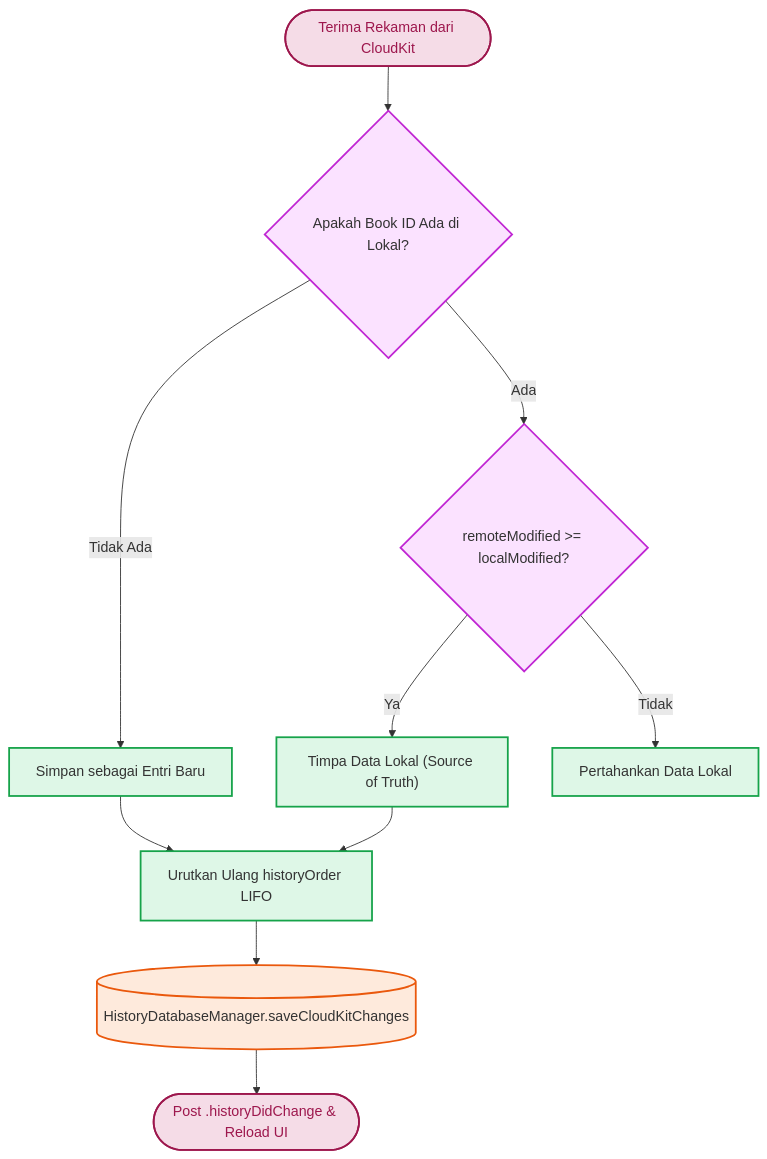
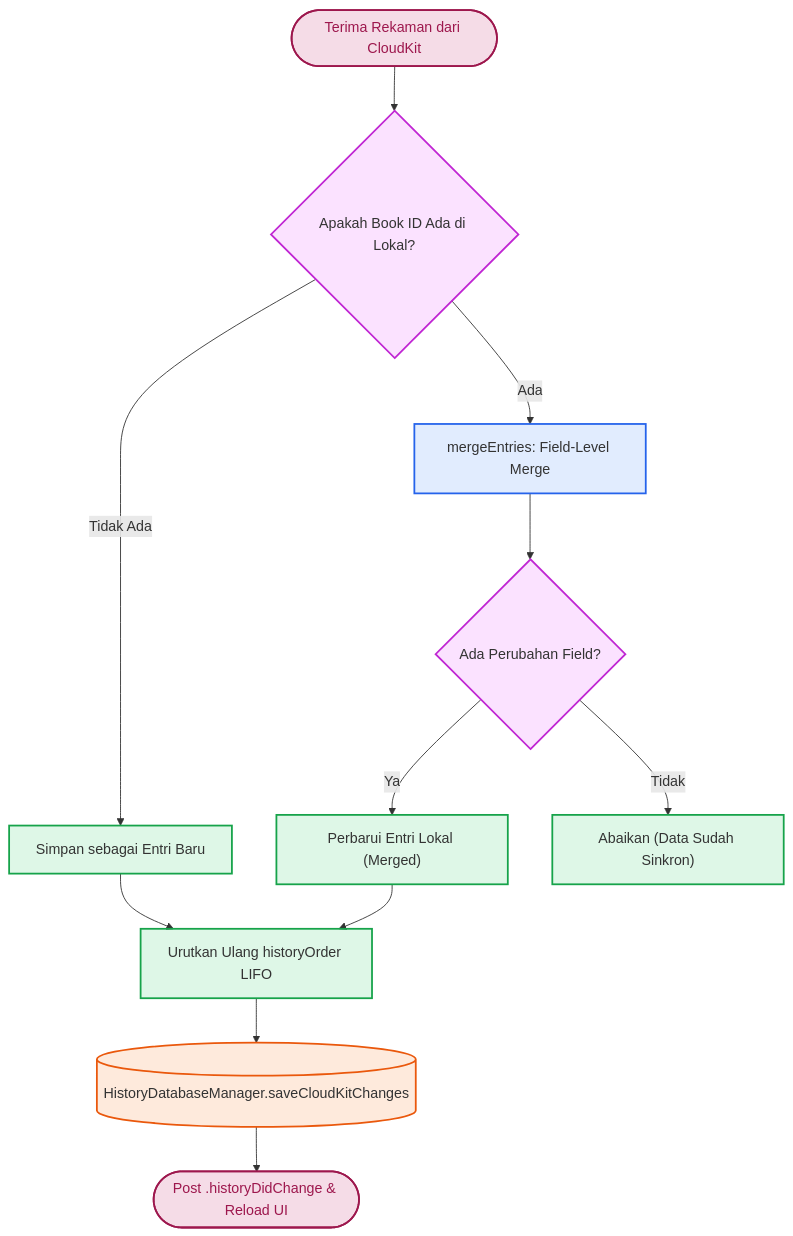
One commit to bismillah-100/Maktabah changed the second of 2 diagrams in docs/features/history/database.md. Above: the diagram before and after it, drawn with Mermaid. The commit also changed other lines of this file and 1 other file, not shown here.

Commit message:
feat(history): implement field-level merging for CloudKit sync
Add mergeEntries logic to merge favorite status and reading position independently using their respective timestamps (favoritedAt and positionUpdatedAt).
Prevent changes from one device overwriting independent changes made on another device.
Update database documentation accordingly.

````diff
--- a/docs/features/history/database.md
+++ b/docs/features/history/database.md
@@ -141,27 +141,29 @@
 ```mermaid
 flowchart TD
     Remote(["Terima Rekaman dari CloudKit"]) --> Match{"Apakah Book ID Ada di Lokal?"}
     
     Match -->|"Tidak Ada"| InsertLocal["Simpan sebagai Entri Baru"]
-    Match -->|"Ada"| CheckLWW{"remoteModified >= localModified?"}
+    Match -->|"Ada"| Merge["mergeEntries: Field-Level Merge"]
     
-    CheckLWW -->|"Ya"| OverwriteLocal["Timpa Data Lokal (Source of Truth)"]
-    CheckLWW -->|"Tidak"| DropRemote["Pertahankan Data Lokal"]
+    Merge --> HasChanges{"Ada Perubahan Field?"}
+    HasChanges -->|"Ya"| UpdateLocal["Perbarui Entri Lokal (Merged)"]
+    HasChanges -->|"Tidak"| NoOp["Abaikan (Data Sudah Sinkron)"]
     
     InsertLocal --> Reorder["Urutkan Ulang historyOrder LIFO"]
-    OverwriteLocal --> Reorder
+    UpdateLocal --> Reorder
     
     Reorder --> Persist[("HistoryDatabaseManager.saveCloudKitChanges")]
     Persist --> Notify(["Post .historyDidChange & Reload UI"])
 
     classDef ui fill:#e040fb26,stroke:#c026d3,stroke-width:2px;
     classDef vm fill:#3b82f626,stroke:#2563eb,stroke-width:2px;
     classDef store fill:#22c55e26,stroke:#16a34a,stroke-width:2px;
     classDef db fill:#f9731626,stroke:#ea580c,stroke-width:2px;
     classDef event fill:#be185d26,stroke:#9d174d,stroke-width:2px,color:#9d174d;
 
     class Remote,Notify event;
-    class InsertLocal,OverwriteLocal,DropRemote,Reorder store;
-    class Match,CheckLWW ui;
+    class InsertLocal,UpdateLocal,Reorder,NoOp store;
+    class Match,HasChanges ui;
+    class Merge vm;
     class Persist db;
 ```
````
